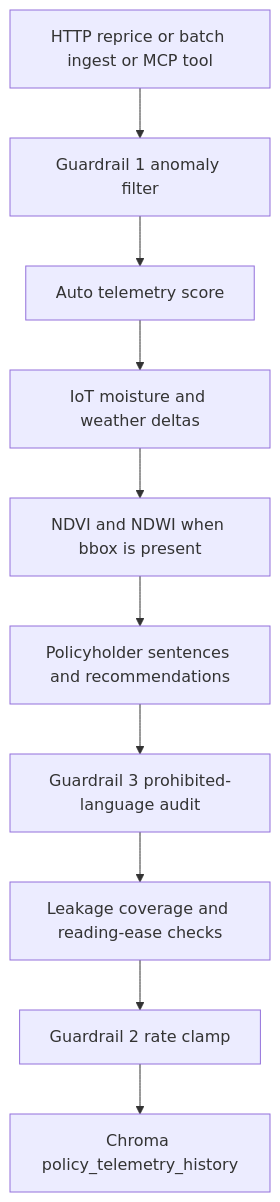
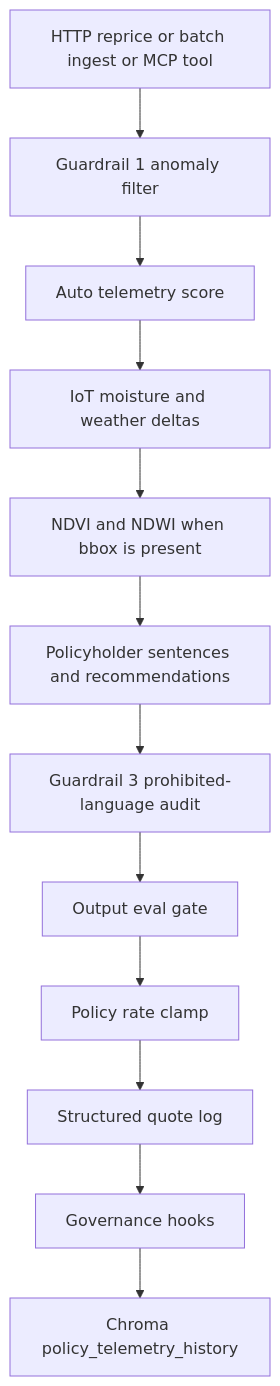
One commit to xmanash/DMUE_eng_complete changed the diagram in Architecture.md. Above: the diagram before and after it, drawn with Mermaid. The commit also changed other lines of this file and 35 other files, not shown here.

````diff
--- a/Architecture.md
+++ b/Architecture.md
@@ -7,14 +7,16 @@
 ```mermaid
 flowchart TD
   ingest[HTTP reprice or batch ingest or MCP tool]
   g1[Guardrail 1 anomaly filter]
   auto[Auto telemetry score]
   env[IoT moisture and weather deltas]
   sat[NDVI and NDWI when bbox is present]
   text[Policyholder sentences and recommendations]
   g3[Guardrail 3 prohibited-language audit]
-  evals[Leakage coverage and reading-ease checks]
-  g2[Guardrail 2 rate clamp]
+  evals[Output eval gate]
+  g2[Policy rate clamp]
+  logLine[Structured quote log]
+  hooks[Governance hooks]
   memory[Chroma policy_telemetry_history]
-  ingest --> g1 --> auto --> env --> sat --> text --> g3 --> evals --> g2 --> memory
+  ingest --> g1 --> auto --> env --> sat --> text --> g3 --> evals --> g2 --> logLine --> hooks --> memory
 ```
````
